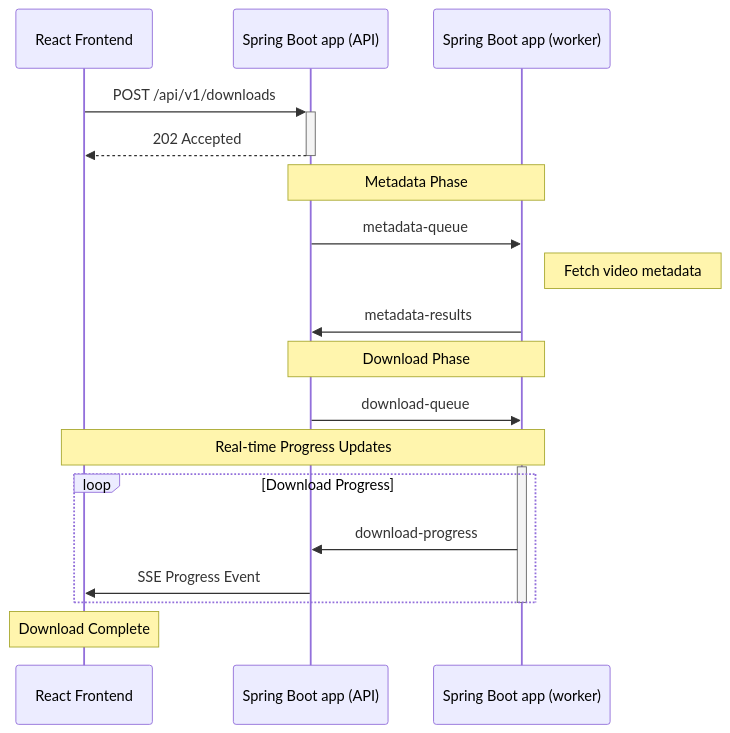
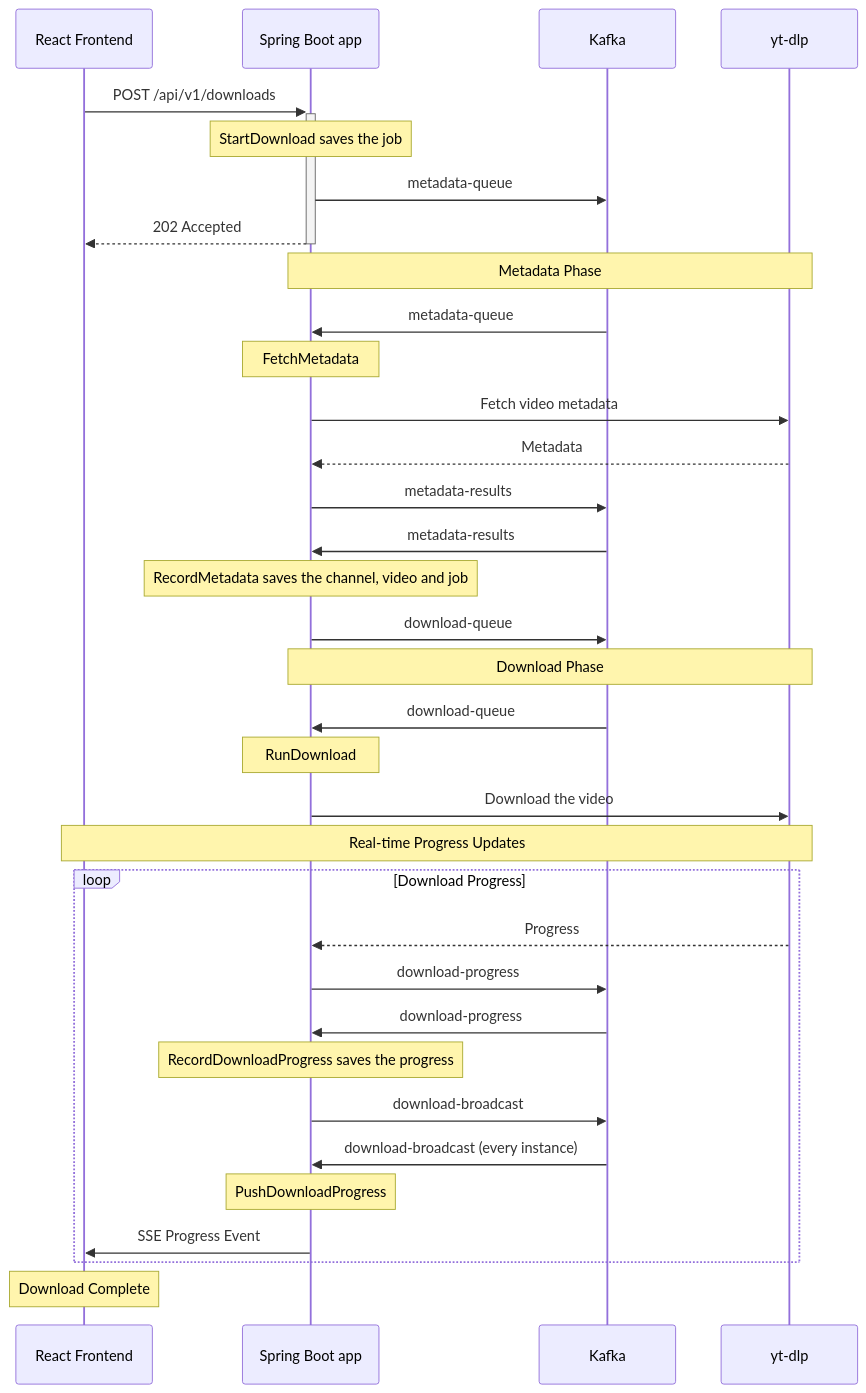
The first of 2 diagrams in README.md (oliverilp/tailkeep-java), drawn with Mermaid before and after one commit. The commit also changed other lines of this file and 63 other files, not shown here.

````diff
--- a/README.md
+++ b/README.md
@@ -61,27 +78,41 @@
 ```mermaid
 sequenceDiagram
     participant R as React Frontend
-    participant A as Spring Boot app (API)
-    participant W as Spring Boot app (worker)
+    participant A as Spring Boot app
+    participant K as Kafka
+    participant Y as yt-dlp
 
     R->>+A: POST /api/v1/downloads
+    Note over A: StartDownload saves the job
+    A->>K: metadata-queue
     A-->>-R: 202 Accepted
 
-    Note over A,W: Metadata Phase
-    A->>W: metadata-queue
-    Note right of W: Fetch video metadata
-    W->>A: metadata-results
+    Note over A,Y: Metadata Phase
+    K->>A: metadata-queue
+    Note over A: FetchMetadata
+    A->>Y: Fetch video metadata
+    Y-->>A: Metadata
+    A->>K: metadata-results
+    K->>A: metadata-results
+    Note over A: RecordMetadata saves the channel, video and job
+    A->>K: download-queue
 
-    Note over A,W: Download Phase
-    A->>W: download-queue
+    Note over A,Y: Download Phase
+    K->>A: download-queue
+    Note over A: RunDownload
+    A->>Y: Download the video
 
-    Note over R,W: Real-time Progress Updates
-    activate W
+    Note over R,Y: Real-time Progress Updates
     loop Download Progress
-        W->>A: download-progress
+        Y-->>A: Progress
+        A->>K: download-progress
+        K->>A: download-progress
+        Note over A: RecordDownloadProgress saves the progress
+        A->>K: download-broadcast
+        K->>A: download-broadcast (every instance)
+        Note over A: PushDownloadProgress
         A->>R: SSE Progress Event
     end
-    deactivate W
 
     Note over R: Download Complete
 ```
````
